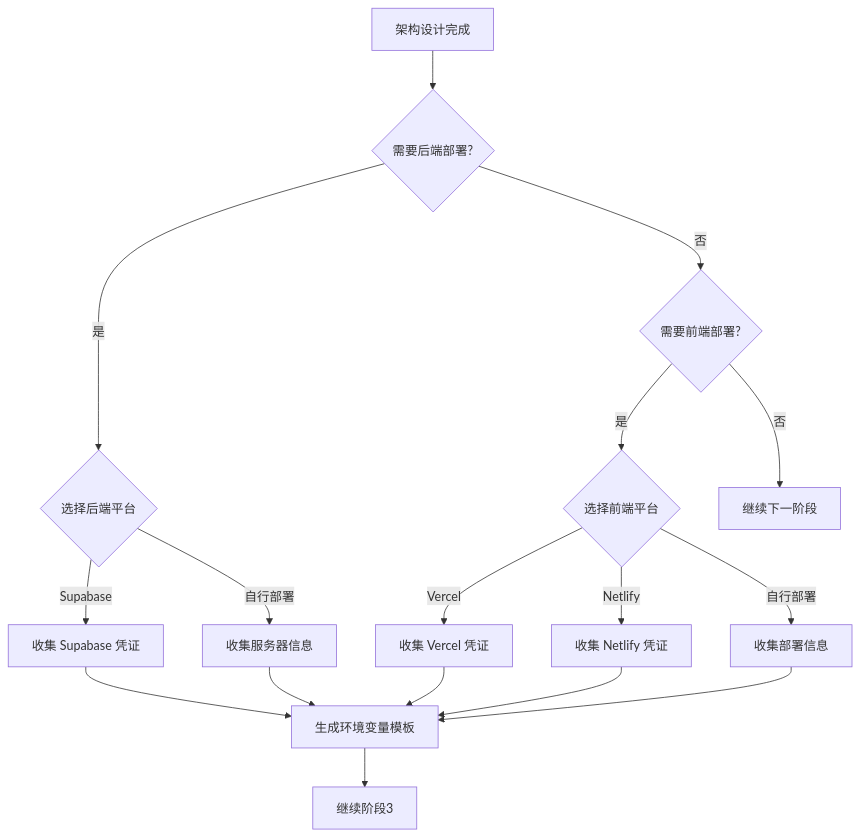
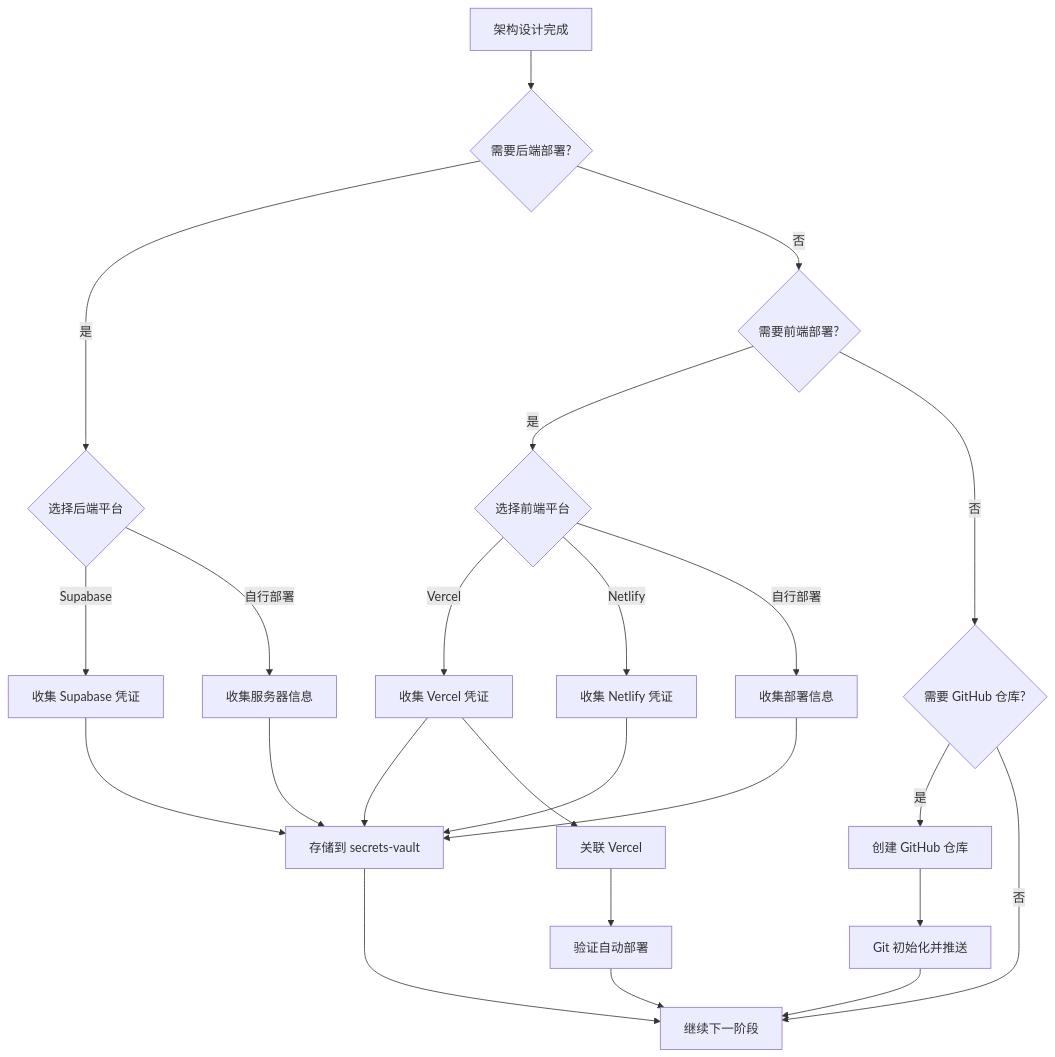
The diagram in feature-development/references/deployment/platform-options.md (mileson/agent-skills), drawn with Mermaid before and after one commit. The commit also changed other lines of this file and 24 other files, not shown here.

````diff
--- a/feature-development/references/deployment/platform-options.md
+++ b/feature-development/references/deployment/platform-options.md
@@ -118,24 +185,33 @@
 ```mermaid
 graph TB
     A[架构设计完成] --> B{需要后端部署?}
     B -->|是| C{选择后端平台}
     B -->|否| D{需要前端部署?}
 
     C -->|Supabase| E[收集 Supabase 凭证]
     C -->|自行部署| F[收集服务器信息]
 
     D -->|是| G{选择前端平台}
-    D -->|否| H[继续下一阶段]
+    D -->|否| H{需要 GitHub 仓库?}
 
     G -->|Vercel| I[收集 Vercel 凭证]
     G -->|Netlify| J[收集 Netlify 凭证]
     G -->|自行部署| K[收集部署信息]
 
-    E --> L[生成环境变量模板]
-    F --> L
-    I --> L
-    J --> L
-    K --> L
+    H -->|是| L[创建 GitHub 仓库]
+    H -->|否| M[继续下一阶段]
 
-    L --> M[继续阶段3]
+    E --> N[存储到 secrets-vault]
+    F --> N
+    I --> N
+    J --> N
+    K --> N
+
+    L --> O[Git 初始化并推送]
+    I --> P[关联 Vercel]
+    P --> Q[验证自动部署]
+
+    N --> M
+    O --> M
+    Q --> M
 ```
````
